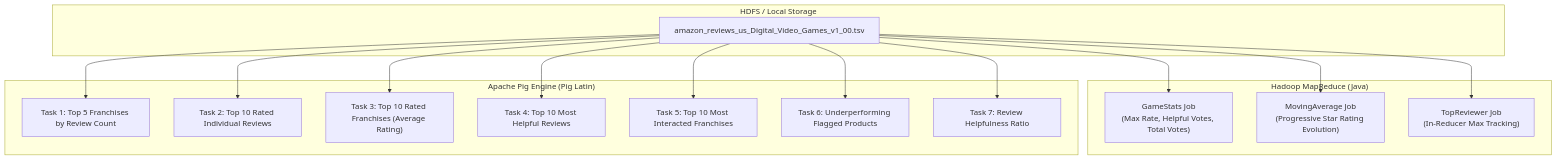
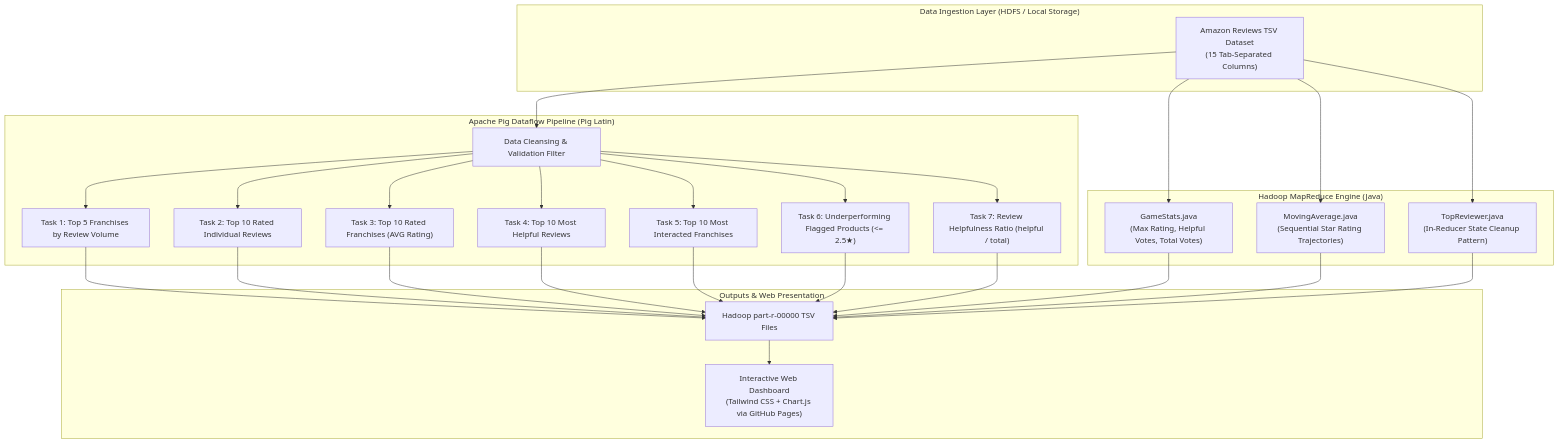
One commit to DivakarNaik0079/product-review-pig changed the diagram in docs/PROJECT_REPORT.md. Above: the diagram before and after it, drawn with Mermaid. The commit also changed other lines of this file and 2 other files, not shown here.

Commit message:
Add full A-to-Z project presentation guide, comprehensive viva kit, and academic report

````diff
--- a/docs/PROJECT_REPORT.md
+++ b/docs/PROJECT_REPORT.md
@@ -68,34 +81,45 @@
 ```mermaid
 flowchart TD
-    subgraph Data_Storage["HDFS / Local Storage"]
-        Raw["amazon_reviews_us_Digital_Video_Games_v1_00.tsv"]
+    subgraph Data_Layer["Data Ingestion Layer (HDFS / Local Storage)"]
+        Raw["Amazon Reviews TSV Dataset<br/>(15 Tab-Separated Columns)"]
     end
 
-    subgraph MapReduce_Engine["Hadoop MapReduce (Java)"]
-        J1["GameStats Job<br/>(Max Rate, Helpful Votes, Total Votes)"]
-        J2["MovingAverage Job<br/>(Progressive Star Rating Evolution)"]
-        J3["TopReviewer Job<br/>(In-Reducer Max Tracking)"]
+    subgraph Pig_Engine["Apache Pig Dataflow Pipeline (Pig Latin)"]
+        P1["Data Cleansing & Validation Filter"]
+        P2["Task 1: Top 5 Franchises by Review Volume"]
+        P3["Task 2: Top 10 Rated Individual Reviews"]
+        P4["Task 3: Top 10 Rated Franchises (AVG Rating)"]
+        P5["Task 4: Top 10 Most Helpful Reviews"]
+        P6["Task 5: Top 10 Most Interacted Franchises"]
+        P7["Task 6: Underperforming Flagged Products (<= 2.5★)"]
+        P8["Task 7: Review Helpfulness Ratio (helpful / total)"]
     end
 
-    subgraph Pig_Engine["Apache Pig Engine (Pig Latin)"]
-        P1["Task 1: Top 5 Franchises by Review Count"]
-        P2["Task 2: Top 10 Rated Individual Reviews"]
-        P3["Task 3: Top 10 Rated Franchises (Average Rating)"]
-        P4["Task 4: Top 10 Most Helpful Reviews"]
-        P5["Task 5: Top 10 Most Interacted Franchises"]
-        P6["Task 6: Underperforming Flagged Products"]
-        P7["Task 7: Review Helpfulness Ratio"]
+    subgraph MR_Engine["Hadoop MapReduce Engine (Java)"]
+        M1["GameStats.java<br/>(Max Rating, Helpful Votes, Total Votes)"]
+        M2["MovingAverage.java<br/>(Sequential Star Rating Trajectories)"]
+        M3["TopReviewer.java<br/>(In-Reducer State Cleanup Pattern)"]
     end
 
-    Raw --> J1
-    Raw --> J2
-    Raw --> J3
+    subgraph Output_Layer["Outputs & Web Presentation"]
+        Out1["Hadoop part-r-00000 TSV Files"]
+        Out2["Interactive Web Dashboard<br/>(Tailwind CSS + Chart.js via GitHub Pages)"]
+    end
 
     Raw --> P1
-    Raw --> P2
-    Raw --> P3
-    Raw --> P4
-    Raw --> P5
-    Raw --> P6
-    Raw --> P7
+    P1 --> P2
+    P1 --> P3
+    P1 --> P4
+    P1 --> P5
+    P1 --> P6
+    P1 --> P7
+    P1 --> P8
+
+    Raw --> M1
+    Raw --> M2
+    Raw --> M3
+
+    P2 & P3 & P4 & P5 & P6 & P7 & P8 --> Out1
+    M1 & M2 & M3 --> Out1
+    Out1 --> Out2
 ```
````
